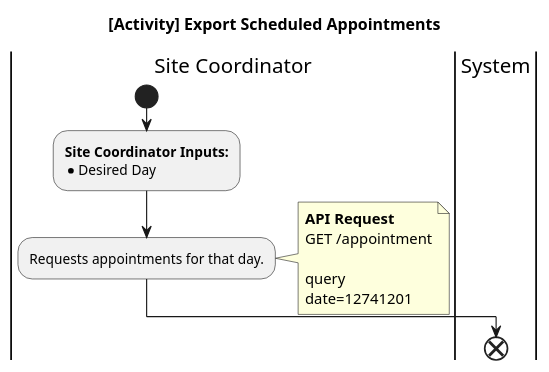
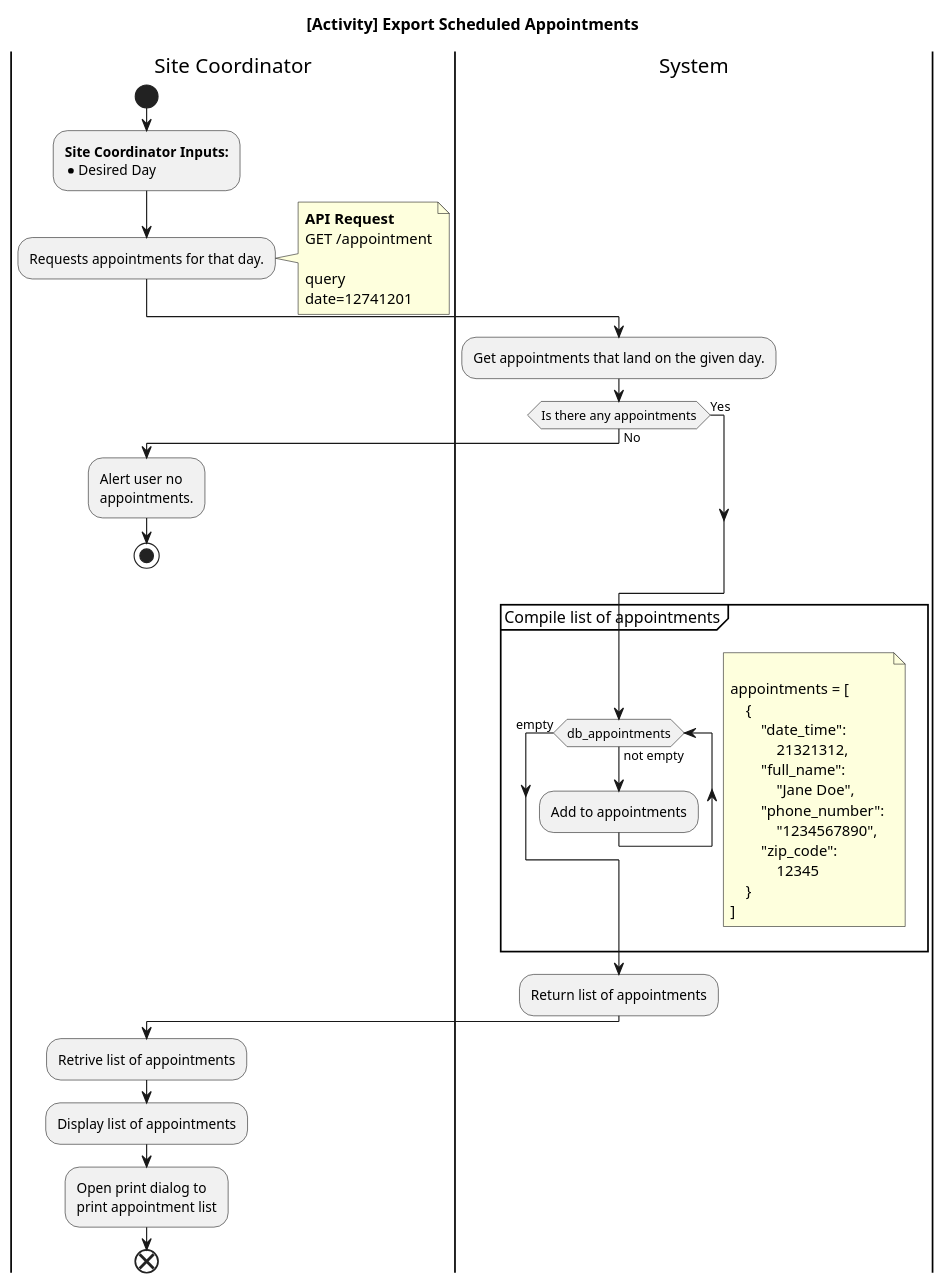
One commit to ItzNxthaniel/cisc260-final-reservation-itznxthaniel changed the diagram in diagrams/src/activity_diagrams/export_scheduled_appointments.puml. Above: the diagram before and after it, drawn with PlantUML.

Commit message:
chore: Finish export_schedule_appointments.puml

```diff
--- a/diagrams/src/activity_diagrams/export_scheduled_appointments.puml
+++ b/diagrams/src/activity_diagrams/export_scheduled_appointments.puml
@@ -1,20 +1,57 @@
 @startuml "activity_export_appointments"
 skinparam ConditionEndStyle hline
 title "[Activity] Export Scheduled Appointments"
 |Site Coordinator|
 start
 :<b>Site Coordinator Inputs:</b>
 * Desired Day;
 :Requests appointments for that day.;
 note right
 **API Request**
 GET /appointment
 <font:monospaced>
 query
 date=12741201
 end note
 
+|System|
+:Get appointments that land on the given day.;
+
+if (Is there any appointments) then (No)
+    |Site Coordinator|
+    :Alert user no\nappointments.;
+    stop
+else (Yes)
+endif
 
 |System|
+partition "Compile list of appointments" {
+    floating note right
+        <font:monospaced>
+        appointments = [
+            {
+                "date_time": 
+                    21321312,
+                "full_name": 
+                    "Jane Doe",
+                "phone_number": 
+                    "1234567890",
+                "zip_code":
+                    12345
+            }
+        ]
+    end note
+
+    while (db_appointments) is (not empty)
+        :Add to appointments;
+    endwhile (empty)
+}
+
+:Return list of appointments;
+
+|Site Coordinator|
+:Retrive list of appointments;
+:Display list of appointments;
+:Open print dialog to\nprint appointment list;
 end
 @enduml
```
